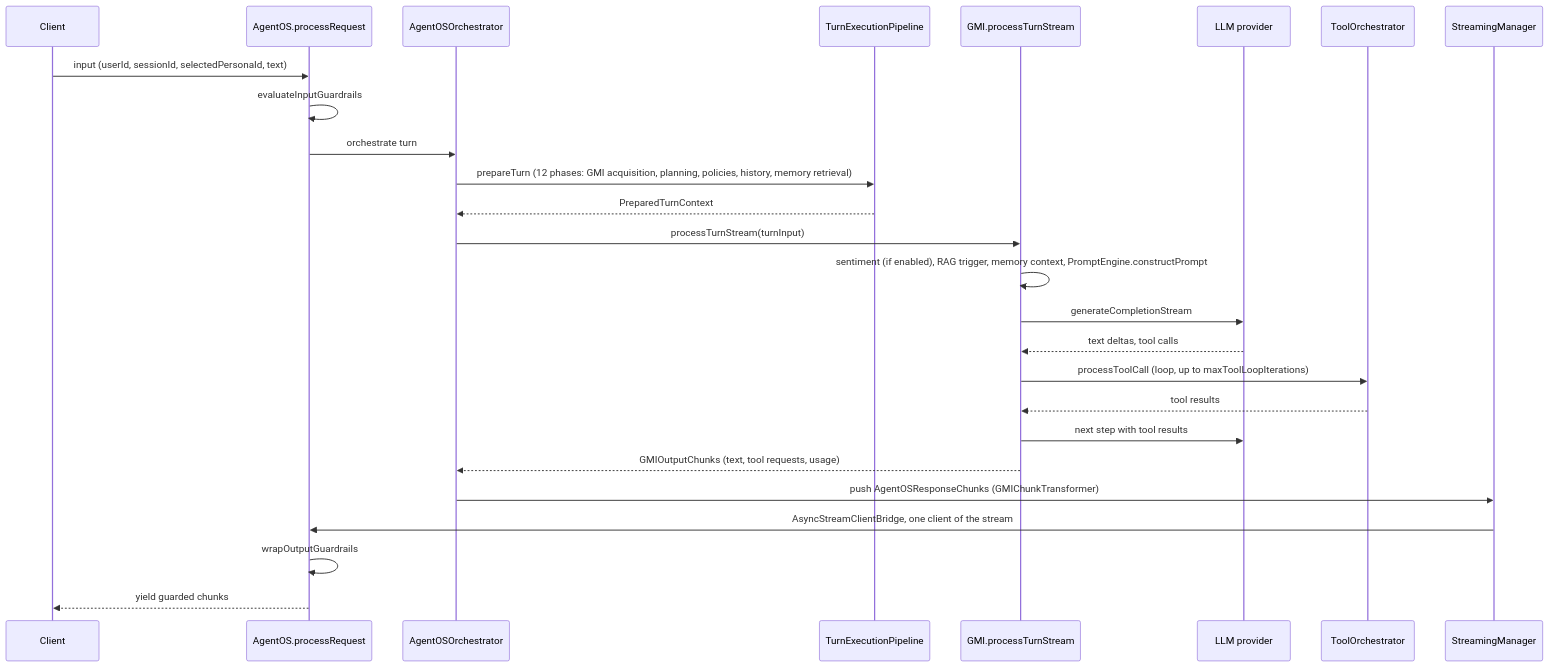
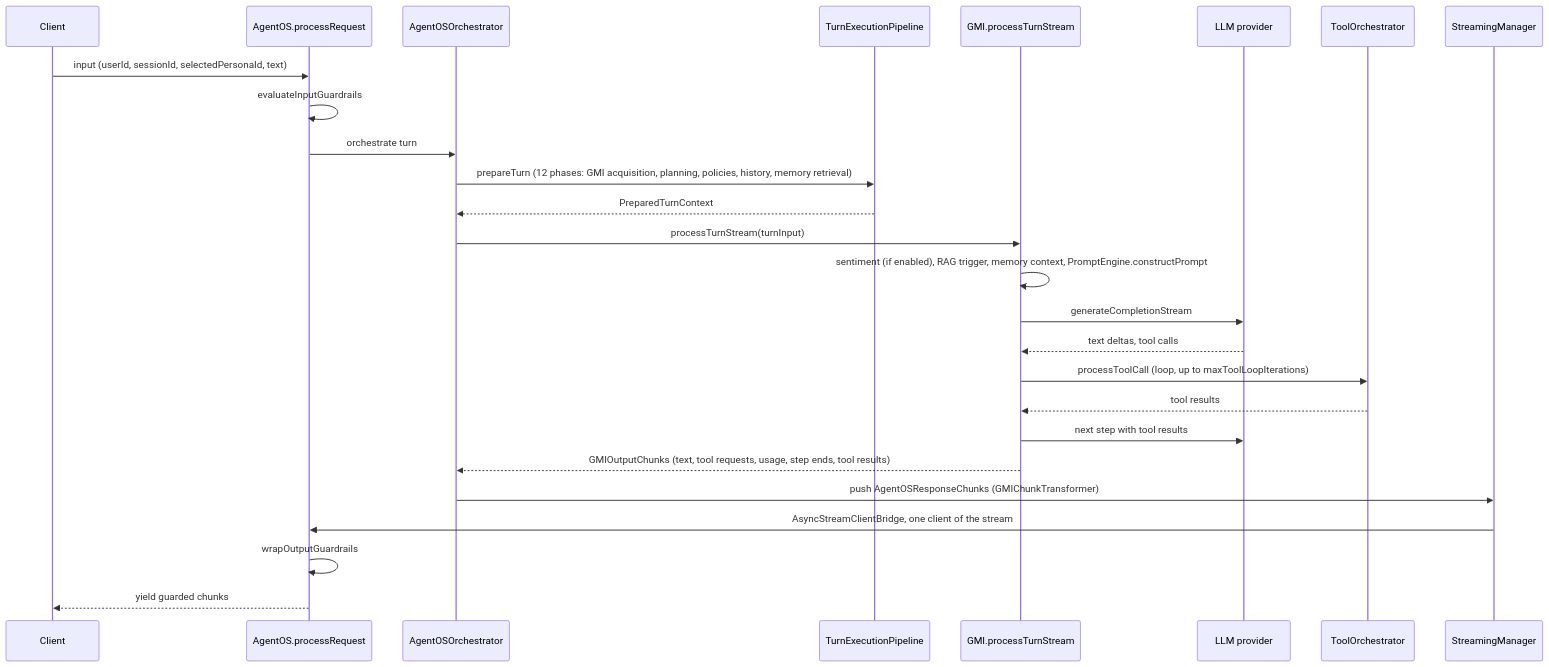
The third of 10 diagrams in docs/architecture/ARCHITECTURE.md (framerslab/agentos), drawn with Mermaid before and after one commit. The commit also changed other lines of this file and 13 other files, not shown here.

````diff
--- a/docs/architecture/ARCHITECTURE.md
+++ b/docs/architecture/ARCHITECTURE.md
@@ -203,29 +219,29 @@
 ```mermaid
 sequenceDiagram
     participant C as Client
     participant F as AgentOS.processRequest
     participant O as AgentOSOrchestrator
     participant P as TurnExecutionPipeline
     participant G as GMI.processTurnStream
     participant L as LLM provider
     participant T as ToolOrchestrator
     participant S as StreamingManager
 
     C->>F: input (userId, sessionId, selectedPersonaId, text)
     F->>F: evaluateInputGuardrails
     F->>O: orchestrate turn
     O->>P: prepareTurn (12 phases: GMI acquisition, planning, policies, history, memory retrieval)
     P-->>O: PreparedTurnContext
     O->>G: processTurnStream(turnInput)
     G->>G: sentiment (if enabled), RAG trigger, memory context, PromptEngine.constructPrompt
     G->>L: generateCompletionStream
     L-->>G: text deltas, tool calls
     G->>T: processToolCall (loop, up to maxToolLoopIterations)
     T-->>G: tool results
     G->>L: next step with tool results
-    G-->>O: GMIOutputChunks (text, tool requests, usage)
+    G-->>O: GMIOutputChunks (text, tool requests, usage, step ends, tool results)
     O->>S: push AgentOSResponseChunks (GMIChunkTransformer)
     S->>F: AsyncStreamClientBridge, one client of the stream
     F->>F: wrapOutputGuardrails
     F-->>C: yield guarded chunks
 ```
````
